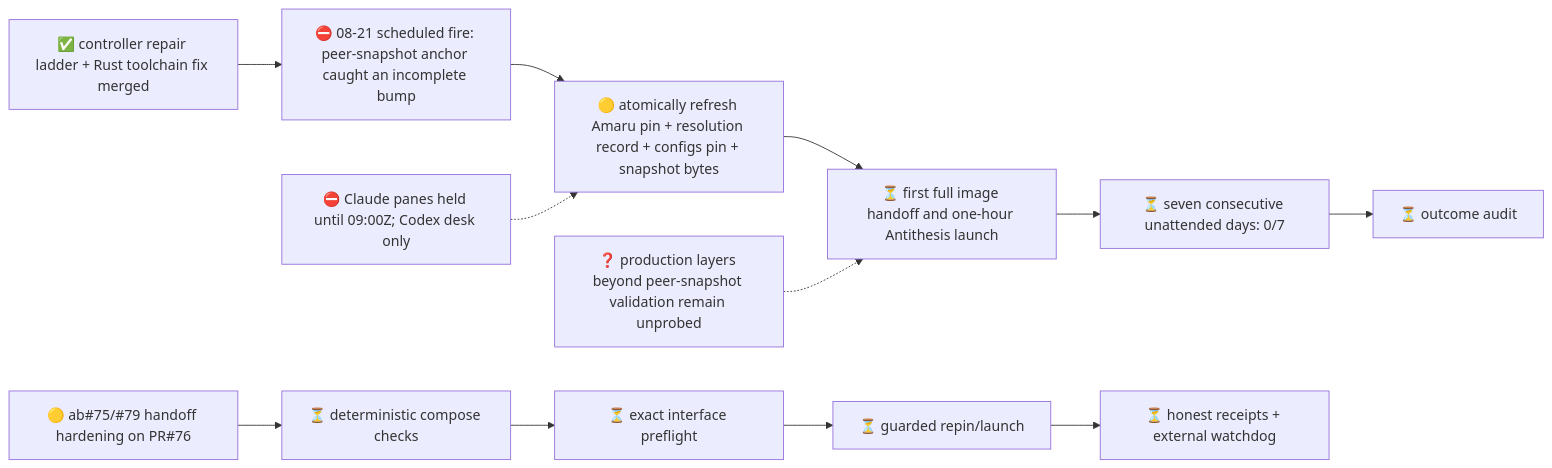
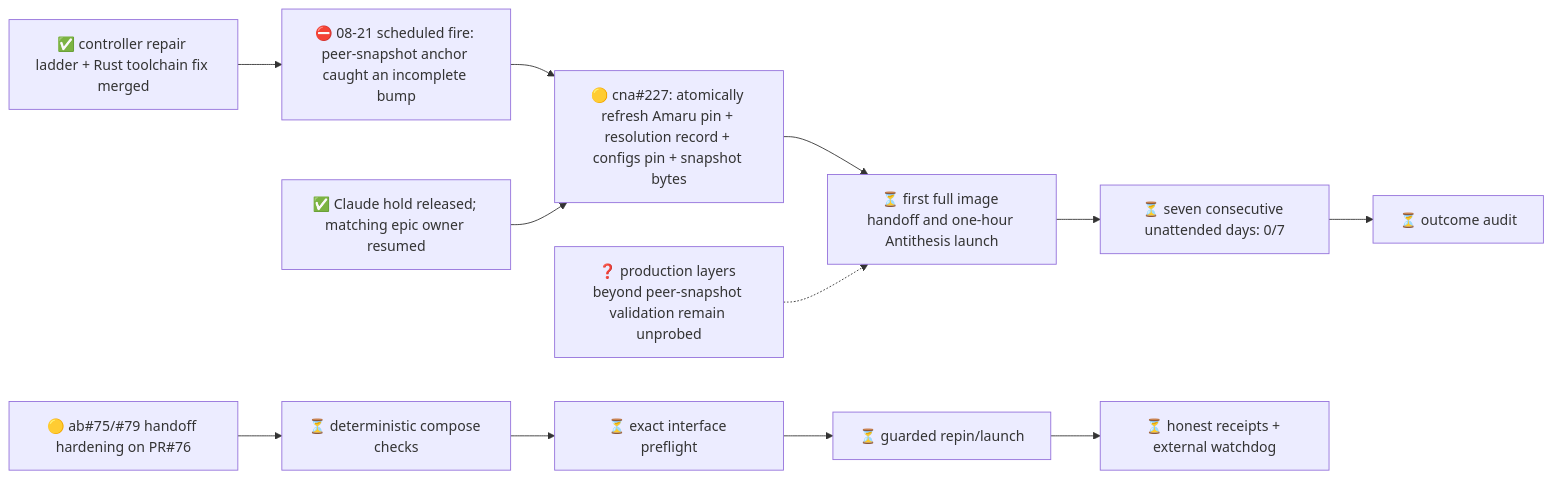
The diagram in .milestones/2/state.md (cardano-foundation/cardano-node-antithesis), drawn with Mermaid before and after one commit. The commit also changed other lines of this file and 5 other files, not shown here.

````diff
--- a/.milestones/2/state.md
+++ b/.milestones/2/state.md
@@ -6,9 +6,9 @@
 ```mermaid
 flowchart LR
     fixes["✅ controller repair ladder + Rust toolchain fix merged"] --> fire["⛔ 08-21 scheduled fire: peer-snapshot anchor caught an incomplete bump"]
-    fire --> snap["🟡 atomically refresh Amaru pin + resolution record + configs pin + snapshot bytes"]
+    fire --> snap["🟡 cna#227: atomically refresh Amaru pin + resolution record + configs pin + snapshot bytes"]
     snap --> launch["⏳ first full image handoff and one-hour Antithesis launch"] --> streak["⏳ seven consecutive unattended days: 0/7"] --> audit["⏳ outcome audit"]
     t75["🟡 ab#75/#79 handoff hardening on PR#76"] --> e212["⏳ deterministic compose checks"] --> e208["⏳ exact interface preflight"] --> e207["⏳ guarded repin/launch"] --> e206["⏳ honest receipts + external watchdog"]
-    hold["⛔ Claude panes held until 09:00Z; Codex desk only"] -.-> snap
+    release["✅ Claude hold released; matching epic owner resumed"] --> snap
     unknown["❓ production layers beyond peer-snapshot validation remain unprobed"] -.-> launch
 ```
````
